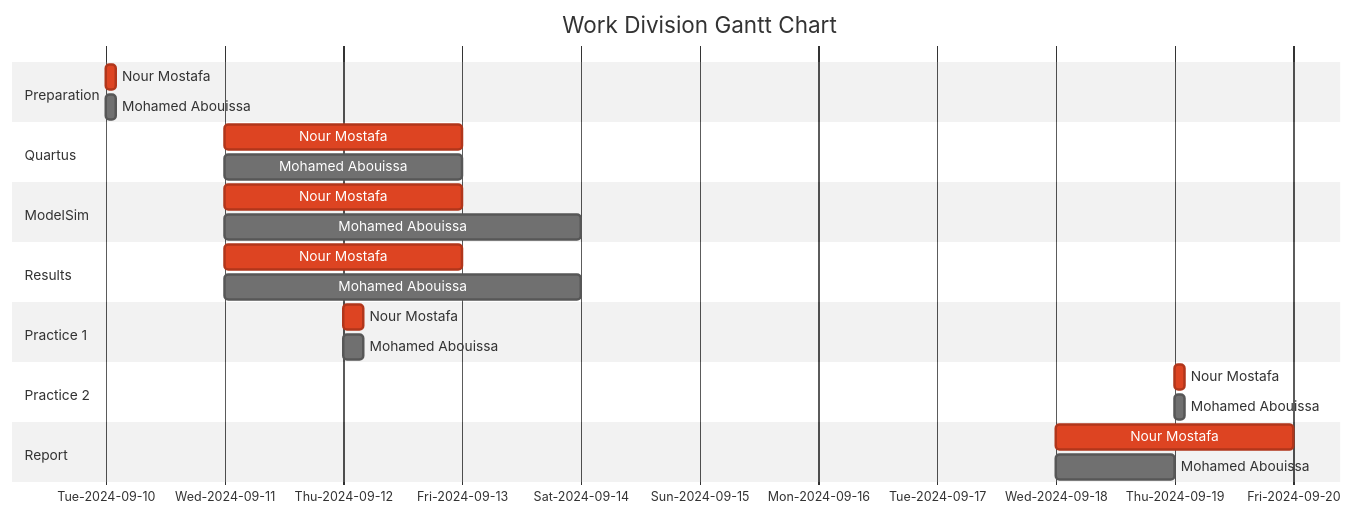
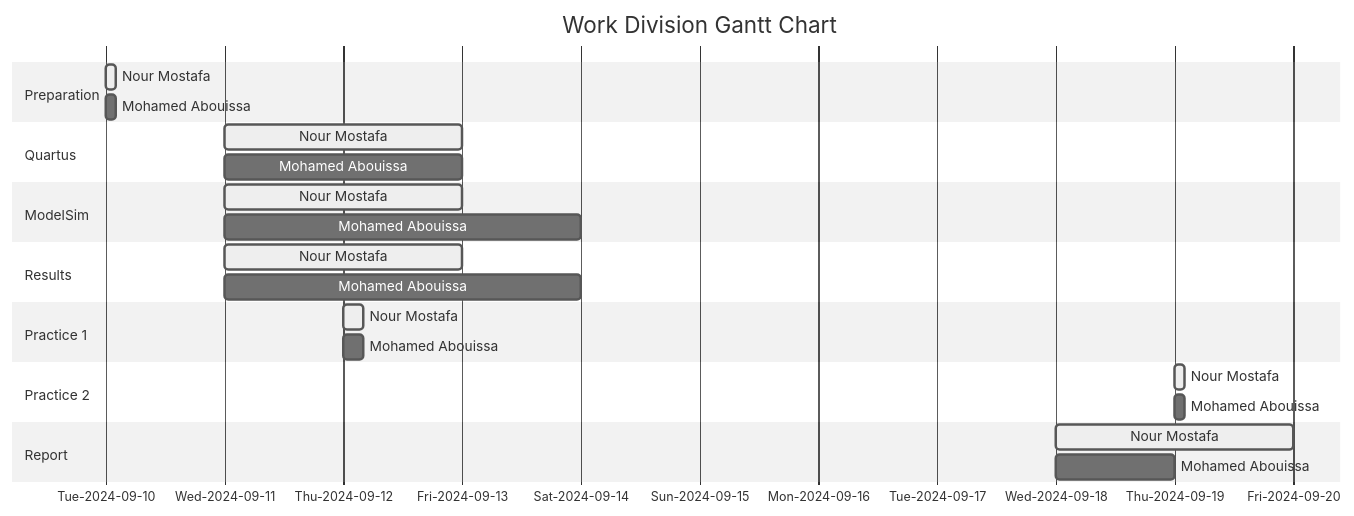
The diagram in Lab 01 - Switches, Lights, and Multiplexers/README.md (MONO-1223/AURAK-CENG336-ComputerArchitectureLab), drawn with Mermaid (neutral theme) before and after one commit.

````diff
--- a/Lab 01 - Switches, Lights, and Multiplexers/README.md
+++ b/Lab 01 - Switches, Lights, and Multiplexers/README.md
@@ -687,28 +687,28 @@
 ```mermaid
 gantt
     title Work Division Gantt Chart
     tickInterval 1day
     todayMarker off
     axisFormat %a-%Y-%m-%d
     section Preparation         
-        Nour Mostafa : crit, 2024-09-10 00:00, 02h
+        Nour Mostafa : active, 2024-09-10 00:00, 02h
         Mohamed Abouissa : 2024-09-10 00:00, 02h
     section Quartus         
-        Nour Mostafa : crit, 2024-09-11 00:00, 2d
+        Nour Mostafa : active, 2024-09-11 00:00, 2d
         Mohamed Abouissa : 2024-09-11 00:00, 2d
     section ModelSim       
-        Nour Mostafa : crit,2024-09-11 00:00, 2d
+        Nour Mostafa : active,2024-09-11 00:00, 2d
         Mohamed Abouissa : 2024-09-11 00:00, 3d
     section Results       
-        Nour Mostafa : crit,2024-09-11 00:00, 2d
+        Nour Mostafa : active,2024-09-11 00:00, 2d
         Mohamed Abouissa : 2024-09-11 00:00, 3d
     section Practice 1         
-        Nour Mostafa : crit,2024-09-12 00:00, 04h
+        Nour Mostafa : active,2024-09-12 00:00, 04h
         Mohamed Abouissa : 2024-09-12 00:00, 04h
     section Practice 2         
-        Nour Mostafa : crit, 2024-09-19 00:00, 02h
+        Nour Mostafa : active, 2024-09-19 00:00, 02h
         Mohamed Abouissa : 2024-09-19 00:00, 02h
     section Report
-        Nour Mostafa : crit,2024-09-18 00:00, 2d
+        Nour Mostafa : active,2024-09-18 00:00, 2d
         Mohamed Abouissa : 2024-09-18 00:00, 1d
 ```
````
